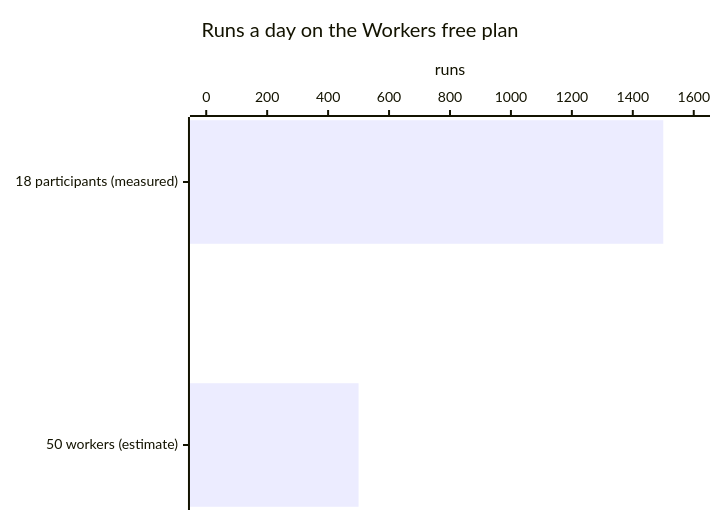
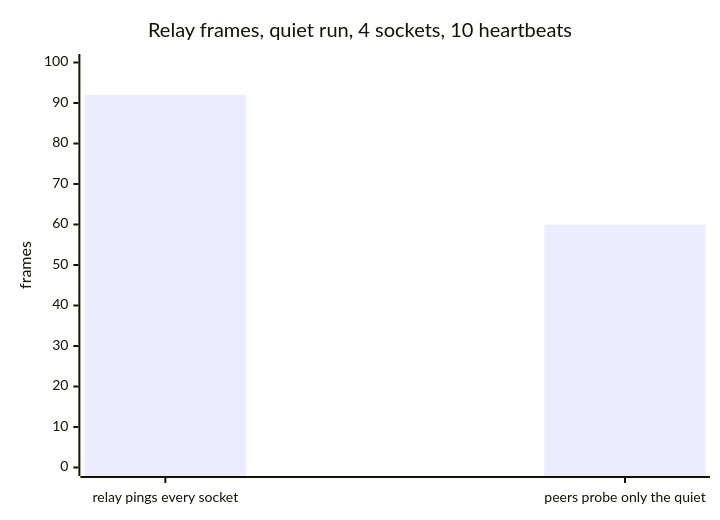
The second of 4 diagrams in private/vx-docs/src/content/docs/blog/one-run-on-your-own-runners.md (vznjs/vx), drawn with Mermaid before and after one commit. The commit also changed other lines of this file and 4 other files, not shown here.

````diff
--- a/private/vx-docs/src/content/docs/blog/one-run-on-your-own-runners.md
+++ b/private/vx-docs/src/content/docs/blog/one-run-on-your-own-runners.md
@@ -99,7 +101,7 @@
 ```mermaid
-xychart-beta horizontal
-  title "Runs a day on the Workers free plan"
-  x-axis ["18 participants (measured)", "50 workers (estimate)"]
-  y-axis "runs" 0 --> 1600
-  bar [1500, 500]
+xychart-beta
+  title "Relay frames, quiet run, 4 sockets, 10 heartbeats"
+  x-axis ["relay pings every socket", "peers probe only the quiet"]
+  y-axis "frames" 0 --> 100
+  bar [92, 60]
 ```
````
